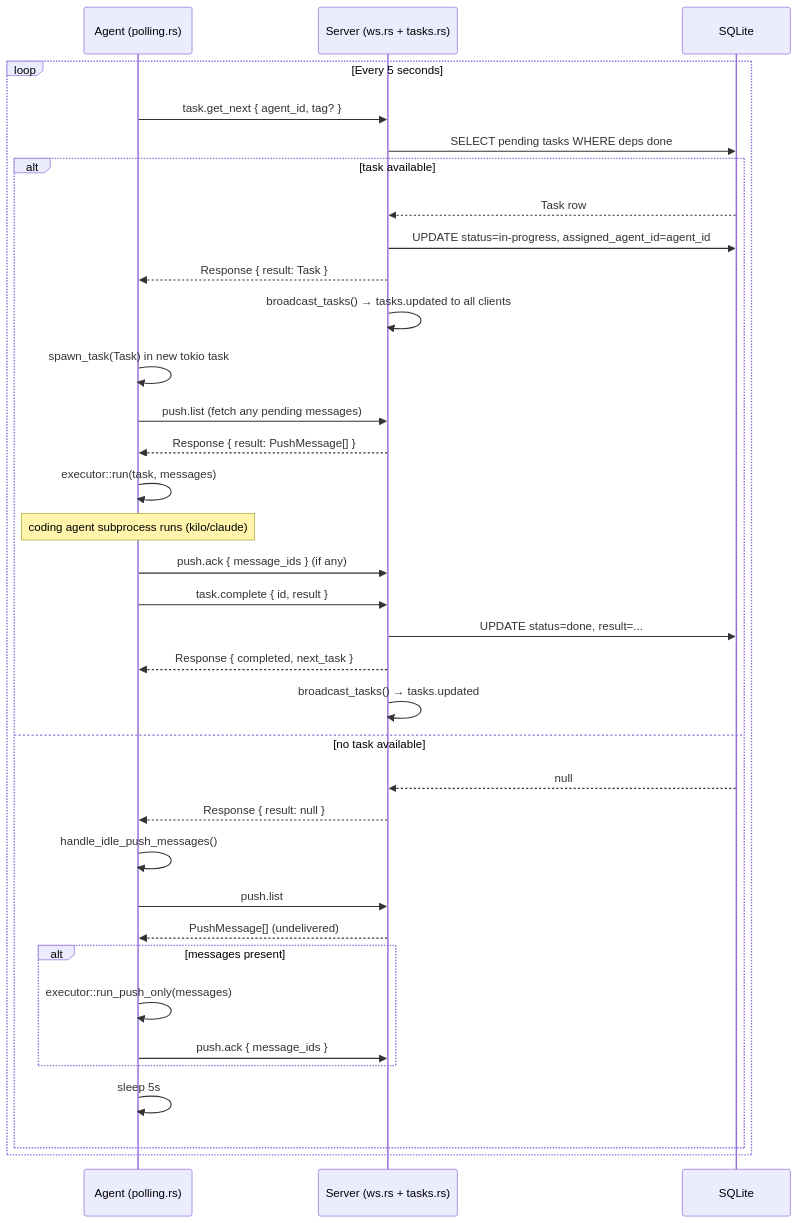
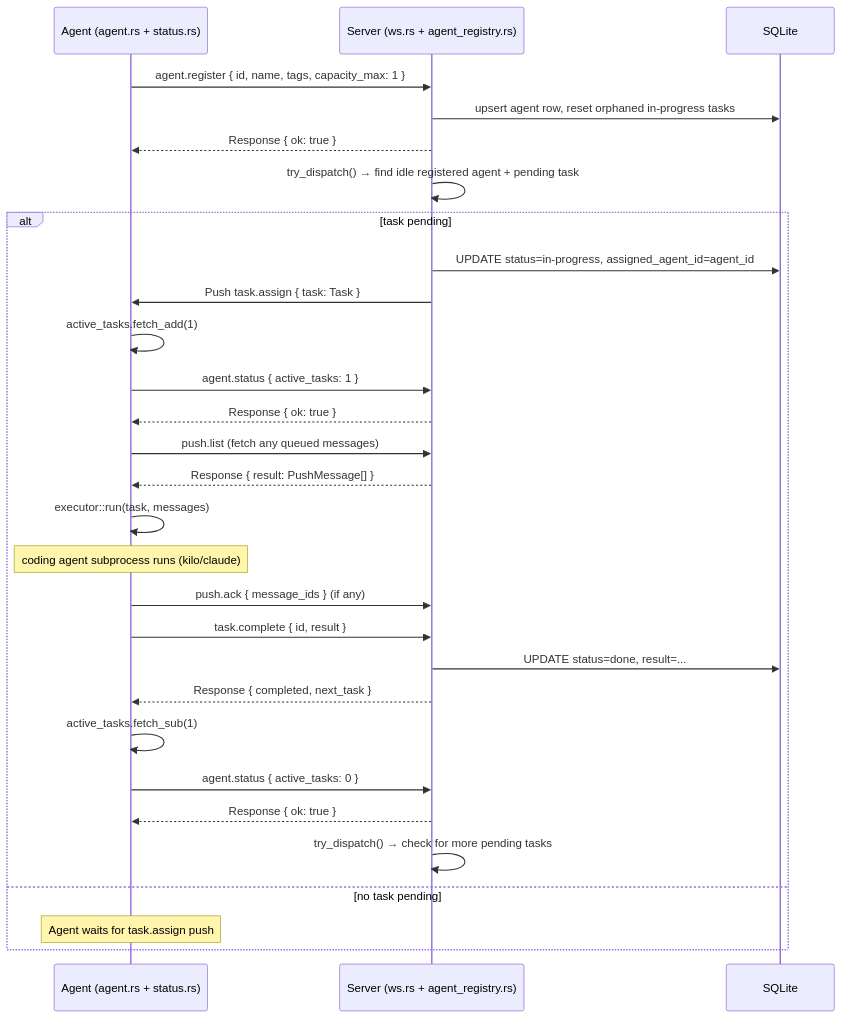
Before and after one commit to hivemind-ai-core/the-hive: the first of 2 diagrams in docs/architecture/agent-communication.md, drawn with Mermaid. The commit also changed other lines of this file and 15 other files, not shown here.

````diff
--- a/docs/architecture/agent-communication.md
+++ b/docs/architecture/agent-communication.md
@@ -57,38 +59,32 @@
 ```mermaid
 sequenceDiagram
-    participant A as Agent (polling.rs)
-    participant S as Server (ws.rs + tasks.rs)
+    participant A as Agent (agent.rs + status.rs)
+    participant S as Server (ws.rs + agent_registry.rs)
     participant DB as SQLite
 
-    loop Every 5 seconds
-        A->>S: task.get_next { agent_id, tag? }
-        S->>DB: SELECT pending tasks WHERE deps done
-        alt task available
-            DB-->>S: Task row
-            S->>DB: UPDATE status=in-progress, assigned_agent_id=agent_id
-            S-->>A: Response { result: Task }
-            S->>S: broadcast_tasks() → tasks.updated to all clients
-            A->>A: spawn_task(Task) in new tokio task
-            A->>S: push.list (fetch any pending messages)
-            S-->>A: Response { result: PushMessage[] }
-            A->>A: executor::run(task, messages)
-            Note over A: coding agent subprocess runs (kilo/claude)
-            A->>S: push.ack { message_ids } (if any)
-            A->>S: task.complete { id, result }
-            S->>DB: UPDATE status=done, result=...
-            S-->>A: Response { completed, next_task }
-            S->>S: broadcast_tasks() → tasks.updated
-        else no task available
-            DB-->>S: null
-            S-->>A: Response { result: null }
-            A->>A: handle_idle_push_messages()
-            A->>S: push.list
-            S-->>A: PushMessage[] (undelivered)
-            alt messages present
-                A->>A: executor::run_push_only(messages)
-                A->>S: push.ack { message_ids }
-            end
-            A->>A: sleep 5s
-        end
+    A->>S: agent.register { id, name, tags, capacity_max: 1 }
+    S->>DB: upsert agent row, reset orphaned in-progress tasks
+    S-->>A: Response { ok: true }
+    S->>S: try_dispatch() → find idle registered agent + pending task
+    alt task pending
+        S->>DB: UPDATE status=in-progress, assigned_agent_id=agent_id
+        S->>A: Push task.assign { task: Task }
+        A->>A: active_tasks.fetch_add(1)
+        A->>S: agent.status { active_tasks: 1 }
+        S-->>A: Response { ok: true }
+        A->>S: push.list (fetch any queued messages)
+        S-->>A: Response { result: PushMessage[] }
+        A->>A: executor::run(task, messages)
+        Note over A: coding agent subprocess runs (kilo/claude)
+        A->>S: push.ack { message_ids } (if any)
+        A->>S: task.complete { id, result }
+        S->>DB: UPDATE status=done, result=...
+        S-->>A: Response { completed, next_task }
+        A->>A: active_tasks.fetch_sub(1)
+        A->>S: agent.status { active_tasks: 0 }
+        S-->>A: Response { ok: true }
+        S->>S: try_dispatch() → check for more pending tasks
+    else no task pending
+        Note over A: Agent waits for task.assign push
     end
 ```
````
